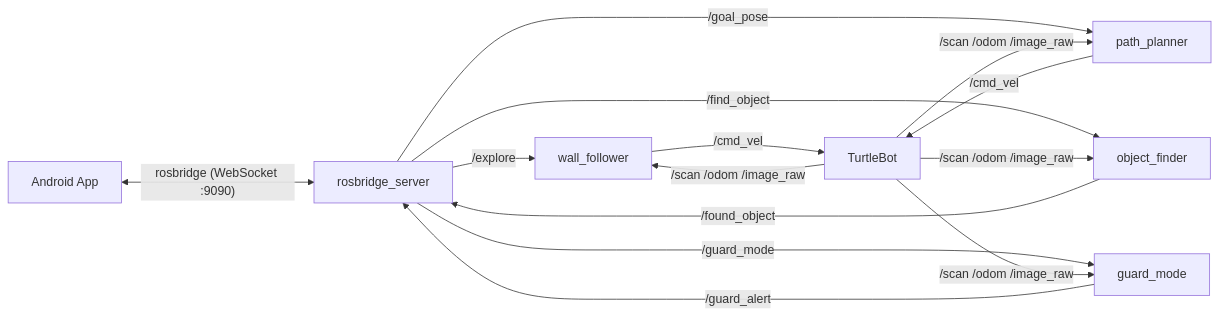
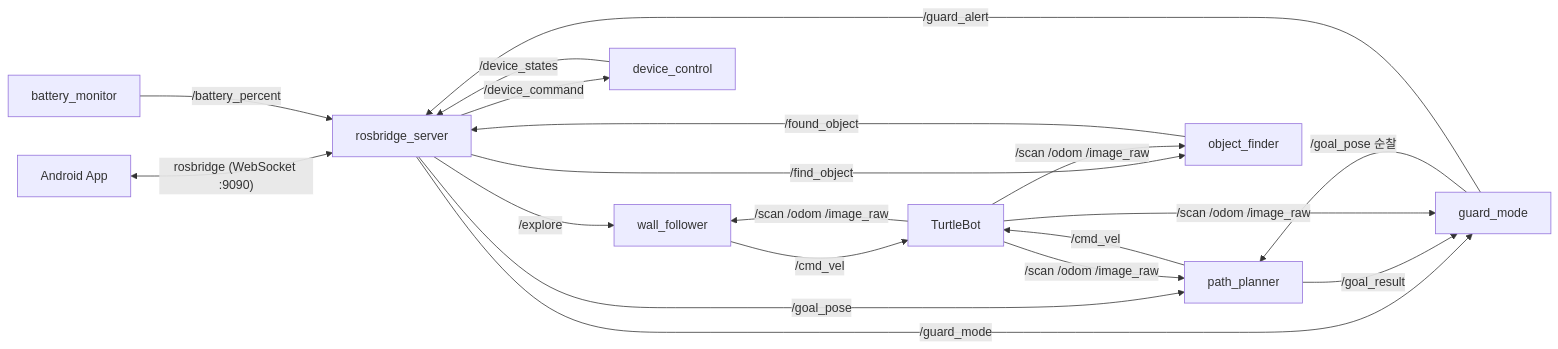
Before and after one commit to Yongwon-Jang/10JOBs: the diagram in rebuild/README.md, drawn with Mermaid. The commit also changed other lines of this file, not shown here.

````diff
--- a/rebuild/README.md
+++ b/rebuild/README.md
@@ -26,12 +33,17 @@
 ```mermaid
 flowchart LR
     App[Android App] <-- "rosbridge (WebSocket :9090)" --> RB[rosbridge_server]
     RB -- "/explore" --> WF[wall_follower]
     RB -- "/goal_pose" --> PP[path_planner]
     RB -- "/find_object" --> OF[object_finder]
     RB -- "/guard_mode" --> GM[guard_mode]
+    RB -- "/device_command" --> DC[device_control]
+    GM -- "/goal_pose 순찰" --> PP
+    PP -- "/goal_result" --> GM
+    DC -- "/device_states" --> RB
+    BM[battery_monitor] -- "/battery_percent" --> RB
     OF -- "/found_object" --> RB
     GM -- "/guard_alert" --> RB
     WF & PP -- "/cmd_vel" --> Robot[TurtleBot]
     Robot -- "/scan /odom /image_raw" --> WF & PP & OF & GM
 ```
````
